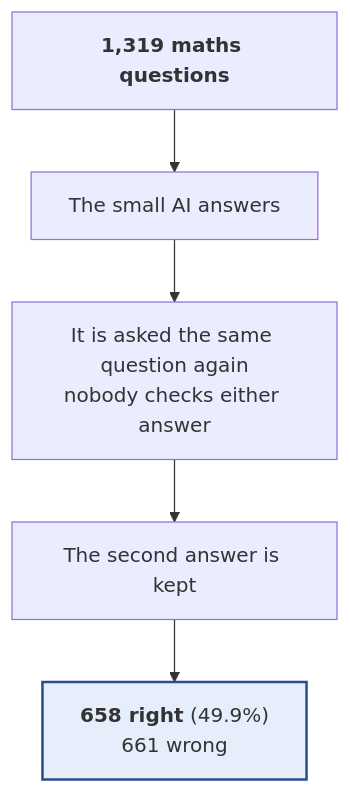
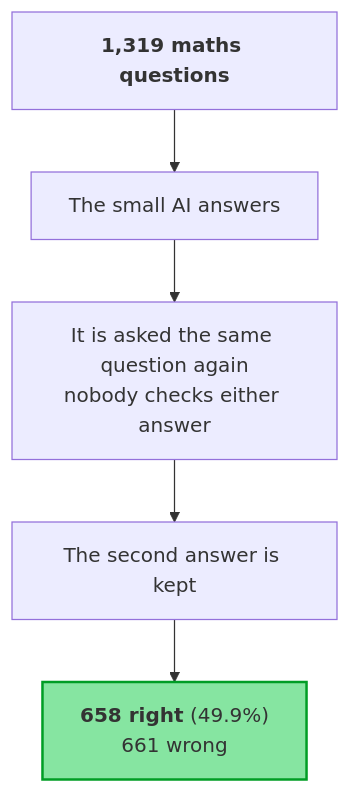
Before and after one commit to SaminYeaserKhan/gemma4-finetune: the second of 2 diagrams in docs/experiments/03_finetuned-model+blind-retry/README.md, drawn with Mermaid. The commit also changed other lines of this file and 143 other files, not shown here.

````diff
--- a/docs/experiments/03_finetuned-model+blind-retry/README.md
+++ b/docs/experiments/03_finetuned-model+blind-retry/README.md
@@ -54,10 +54,10 @@
 ```mermaid
 flowchart TD
     Q["<b>1,319 maths questions</b>"]
     Q --> A["The small AI answers"]
     A --> B["It is asked the same question again<br/>nobody checks either answer"]
     B --> C["The second answer is kept"]
     C --> RES
     RES["<b>658 right</b> (49.9%)<br/>661 wrong"]
-    style RES fill:#e6eefc,stroke:#2b4c8c,stroke-width:2px
+    style RES fill:#86e5a1,stroke:#009d25,stroke-width:2px
 ```
````
